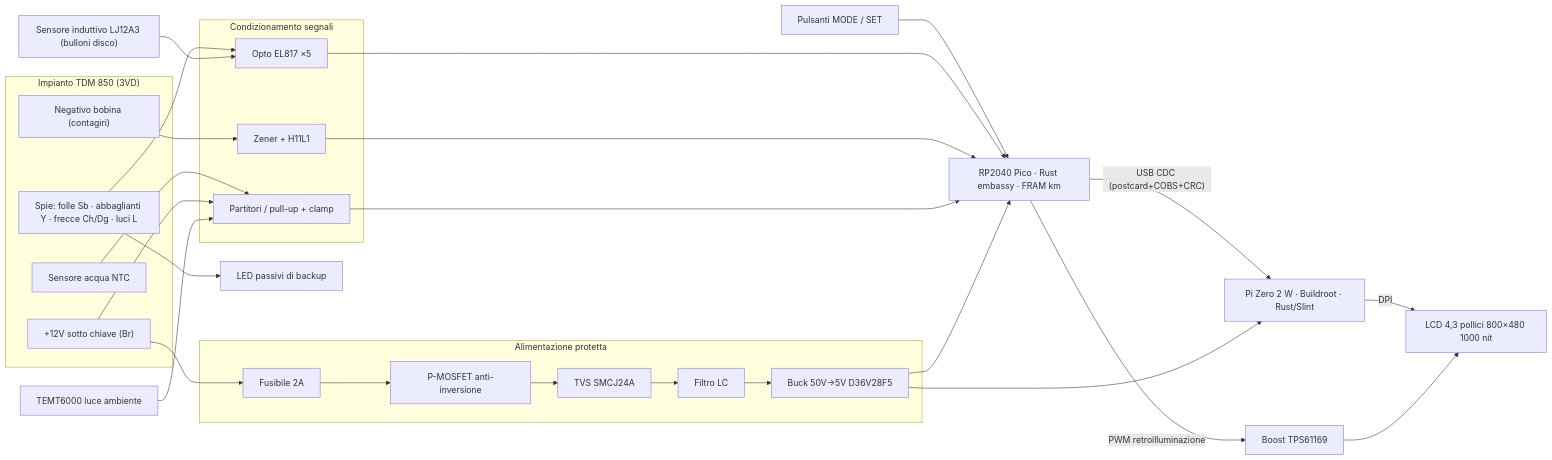
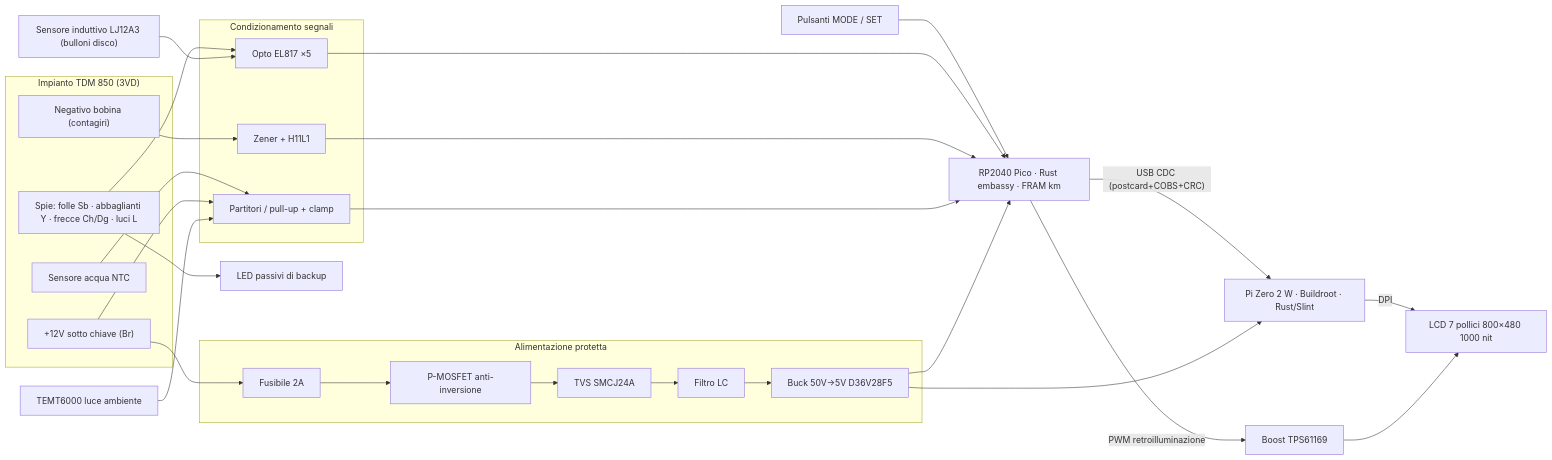
Before and after one commit to frascella-dev/tdm-dash: the first of 6 diagrams in docs/manuale/02-architettura.md, drawn with Mermaid. The commit also changed 6 other files, not shown here.

````diff
--- a/docs/manuale/02-architettura.md
+++ b/docs/manuale/02-architettura.md
@@ -16,34 +16,34 @@
 ```mermaid
 flowchart LR
   subgraph MOTO["Impianto TDM 850 (3VD)"]
     KEY["+12V sotto chiave (Br)"]
     SIG["Spie: folle Sb · abbaglianti Y · frecce Ch/Dg · luci L"]
     COIL["Negativo bobina (contagiri)"]
     NTC["Sensore acqua NTC"]
   end
   subgraph PWR["Alimentazione protetta"]
     F["Fusibile 2A"] --> RP["P-MOSFET anti-inversione"] --> TVS["TVS SMCJ24A"] --> LC["Filtro LC"] --> BUCK["Buck 50V→5V D36V28F5"]
   end
   KEY --> F
   subgraph IO["Condizionamento segnali"]
     OPTO["Opto EL817 ×5"]
     TACH["Zener + H11L1"]
     ADC["Partitori / pull-up + clamp"]
   end
   SIG --> OPTO
   COIL --> TACH
   NTC --> ADC
   KEY --> ADC
   WHEEL["Sensore induttivo LJ12A3 (bulloni disco)"] --> OPTO
   LUX["TEMT6000 luce ambiente"] --> ADC
   BTN["Pulsanti MODE / SET"] --> MCU
   OPTO --> MCU
   TACH --> MCU
   ADC --> MCU
   MCU["RP2040 Pico · Rust embassy · FRAM km"] -- "USB CDC (postcard+COBS+CRC)" --> PI["Pi Zero 2 W · Buildroot · Rust/Slint"]
   BUCK --> MCU
   BUCK --> PI
-  PI -- DPI --> LCD["LCD 4,3 pollici 800×480 1000 nit"]
+  PI -- DPI --> LCD["LCD 7 pollici 800×480 1000 nit"]
   MCU -- "PWM retroilluminazione" --> BL["Boost TPS61169"] --> LCD
   SIG --> LED["LED passivi di backup"]
 ```
````
